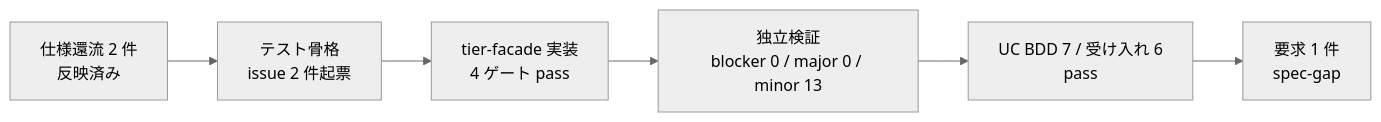
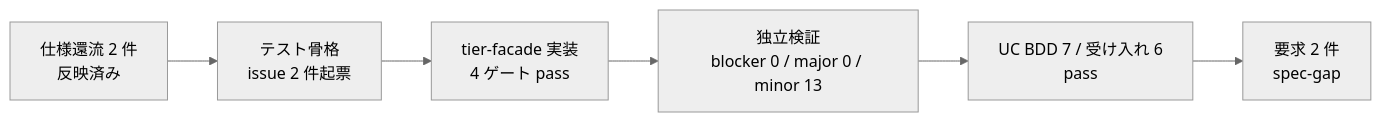
Before and after one commit to suwa-sh/relay-gate: the diagram in docs/impl/latest/dcd8234d/feedback/as-built-summary.md, drawn with Mermaid (neutral theme). The commit also changed other lines of this file and 4 other files, not shown here.

````diff
--- a/docs/impl/latest/dcd8234d/feedback/as-built-summary.md
+++ b/docs/impl/latest/dcd8234d/feedback/as-built-summary.md
@@ -21,8 +22,8 @@
 ```mermaid
 flowchart LR
   R1[仕様還流 2 件<br/>反映済み] --> S2[テスト骨格<br/>issue 2 件起票]
   S2 --> S4[tier-facade 実装<br/>4 ゲート pass]
   S4 --> S5[独立検証<br/>blocker 0 / major 0 / minor 13]
   S5 --> S67[UC BDD 7 / 受け入れ 6<br/>pass]
-  S67 --> FB[要求 1 件<br/>spec-gap]
+  S67 --> FB[要求 2 件<br/>spec-gap]
 ```
````
